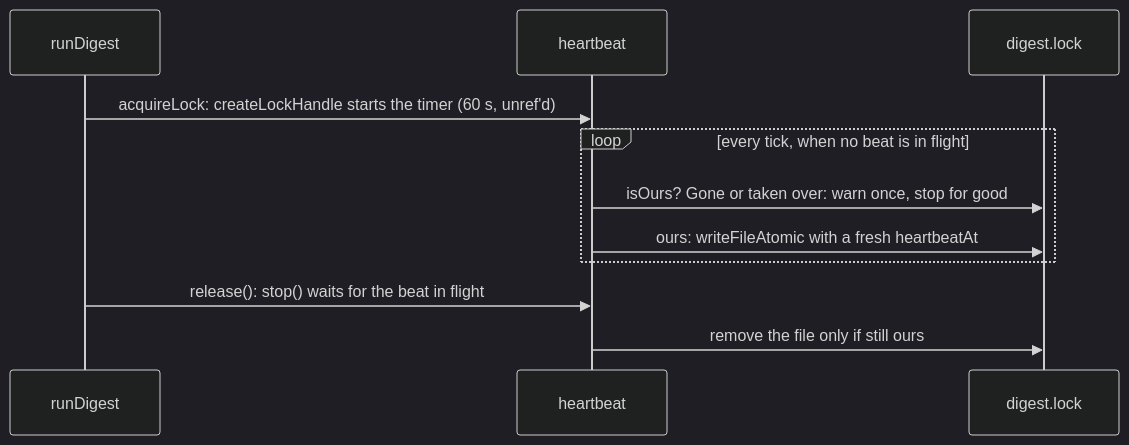
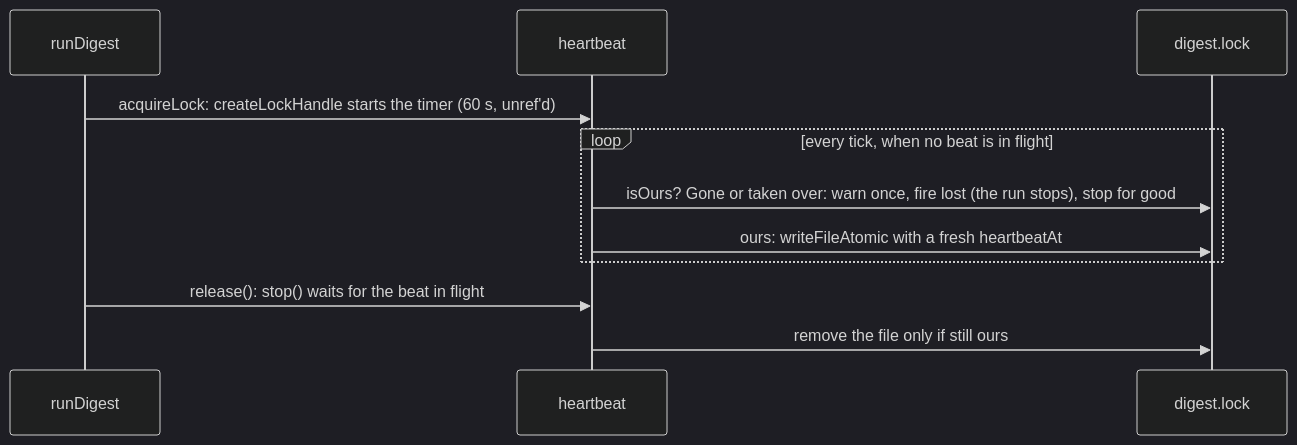
The diagram in src/store/adapters/heartbeat/CLAUDE.md (odere-pro/weekly-engineering-digest-agent), drawn with Mermaid (dark theme) before and after one commit. The commit also changed other lines of this file and 78 other files, not shown here.

First line of the commit message:
fix(reliability): stop on a lost lock, keep delivery progress

````diff
--- a/src/store/adapters/heartbeat/CLAUDE.md
+++ b/src/store/adapters/heartbeat/CLAUDE.md
@@ -9,13 +9,13 @@
 ```mermaid
 sequenceDiagram
   participant run as runDigest
   participant h as heartbeat
   participant f as digest.lock
   run->>h: acquireLock: createLockHandle starts the timer (60 s, unref'd)
   loop every tick, when no beat is in flight
-    h->>f: isOurs? Gone or taken over: warn once, stop for good
+    h->>f: isOurs? Gone or taken over: warn once, fire lost (the run stops), stop for good
     h->>f: ours: writeFileAtomic with a fresh heartbeatAt
   end
   run->>h: release(): stop() waits for the beat in flight
   h->>f: remove the file only if still ours
 ```
````
